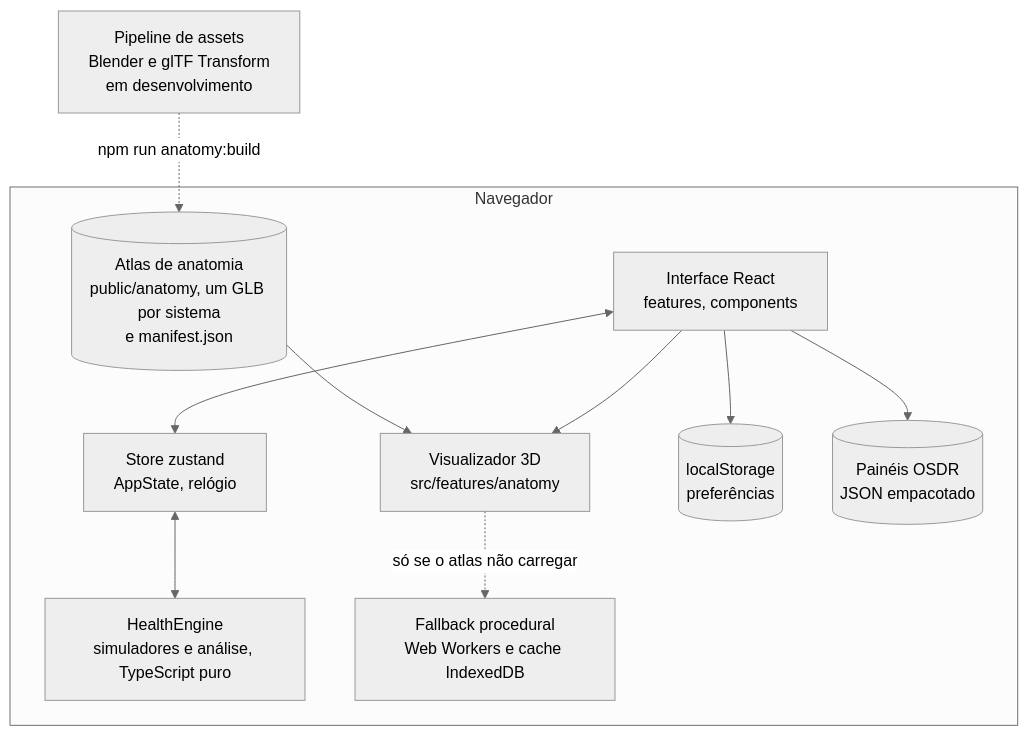
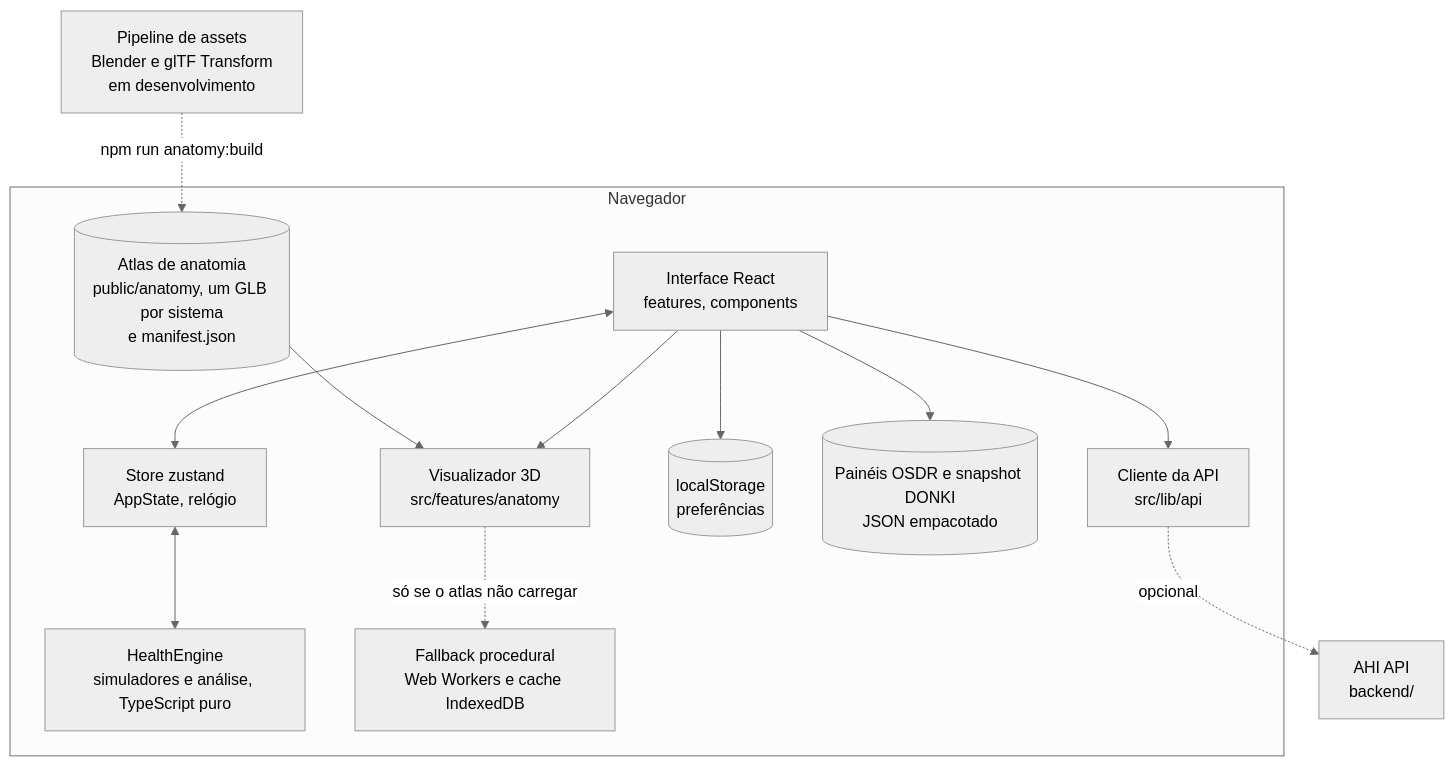
One commit to Gabrieldiv/astronaut-health-intelligence-platform changed the second of 3 diagrams in docs-site/pt/architecture/overview.md. Above: the diagram before and after it, drawn with Mermaid (neutral theme). The commit also changed other lines of this file and 40 other files, not shown here.

````diff
--- a/docs-site/pt/architecture/overview.md
+++ b/docs-site/pt/architecture/overview.md
@@ -63,22 +77,26 @@
 ```mermaid
 flowchart TB
     subgraph Browser["Navegador"]
       UI[Interface React<br/>features, components]
       STORE[Store zustand<br/>AppState, relógio]
       ENG[HealthEngine<br/>simuladores e análise, TypeScript puro]
       VIEW["Visualizador 3D<br/>src/features/anatomy"]
       ATLAS[("Atlas de anatomia<br/>public/anatomy, um GLB por sistema<br/>e manifest.json")]
       FB["Fallback procedural<br/>Web Workers e cache IndexedDB"]
       LS[(localStorage<br/>preferências)]
-      DATA[(Painéis OSDR<br/>JSON empacotado)]
+      DATA[(Painéis OSDR e snapshot DONKI<br/>JSON empacotado)]
+      CL[Cliente da API<br/>src/lib/api]
     end
+    API[AHI API<br/>backend/]
     PIPE["Pipeline de assets<br/>Blender e glTF Transform<br/>em desenvolvimento"]
     UI <--> STORE
     STORE <--> ENG
     UI --> VIEW
     ATLAS --> VIEW
     VIEW -. "só se o atlas não carregar" .-> FB
     UI --> LS
     UI --> DATA
+    UI --> CL
+    CL -. opcional .-> API
     PIPE -. "npm run anatomy:build" .-> ATLAS
 ```
````
